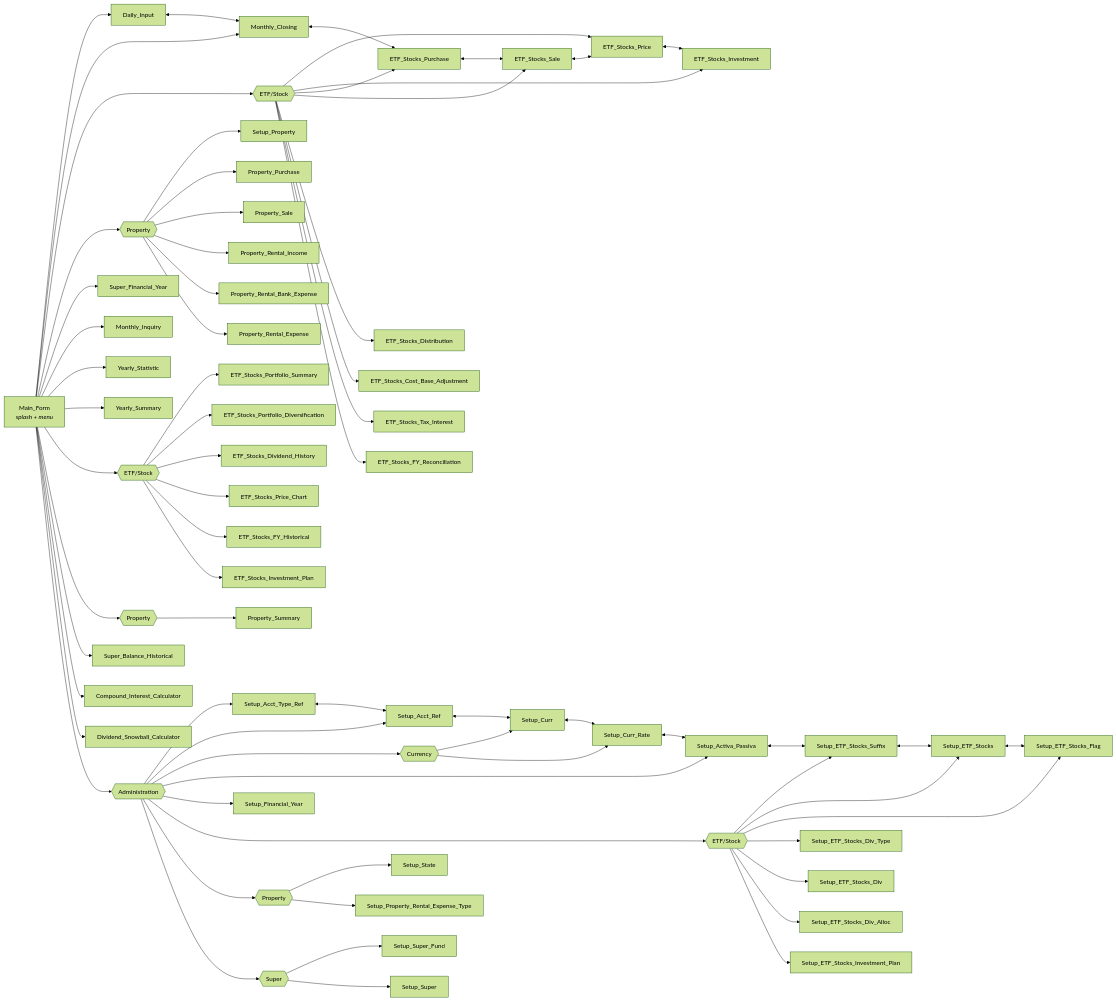
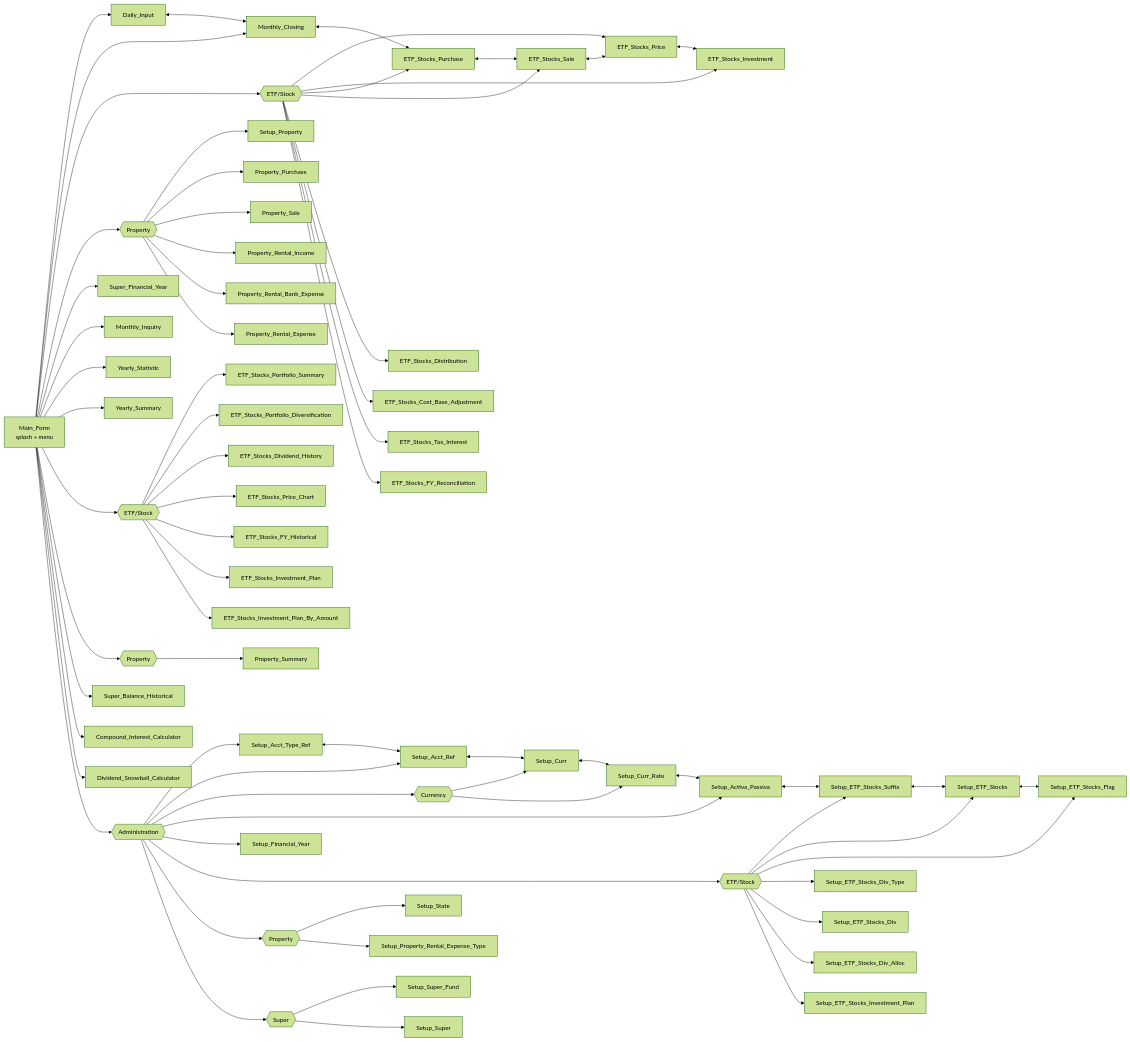
The second of 3 diagrams in README.md (oscar-rijadi/FinancialBalance), drawn with Mermaid (forest theme) before and after one commit. The commit also changed other lines of this file and 38 other files, not shown here.

Commit message:
Implement ETF Stock Investment Plan By Amount

````diff
--- a/README.md
+++ b/README.md
@@ -110,76 +110,77 @@
 ```mermaid
 flowchart LR
     MAIN["Main_Form<br/><i>splash + menu</i>"]
 
     MAIN --> DI["Daily_Input"]
     MAIN --> MC["Monthly_Closing"]
     MAIN --> PETFG{{"ETF/Stock"}}
     PETFG --> ETP["ETF_Stocks_Price"]
     PETFG --> ETI["ETF_Stocks_Investment"]
     PETFG --> ETB["ETF_Stocks_Purchase"]
     PETFG --> ETS["ETF_Stocks_Sale"]
     PETFG --> ETD["ETF_Stocks_Distribution"]
     PETFG --> ECB["ETF_Stocks_Cost_Base_Adjustment"]
     PETFG --> ETI2["ETF_Stocks_Tax_Interest"]
     PETFG --> ETR["ETF_Stocks_FY_Reconciliation"]
     MAIN --> PPROPG{{"Property"}}
     PPROPG --> SPROP["Setup_Property"]
     PPROPG --> PPUR["Property_Purchase"]
     PPROPG --> PSAL["Property_Sale"]
     PPROPG --> PRI["Property_Rental_Income"]
     PPROPG --> PRBE["Property_Rental_Bank_Expense"]
     PPROPG --> PRE["Property_Rental_Expense"]
     MAIN --> SFYP["Super_Financial_Year"]
     MAIN --> MI["Monthly_Inquiry"]
     MAIN --> YT["Yearly_Statistic"]
     MAIN --> YS["Yearly_Summary"]
     MAIN --> PORTG{{"ETF/Stock"}}
     PORTG --> PSUM["ETF_Stocks_Portfolio_Summary"]
     PORTG --> PDIV["ETF_Stocks_Portfolio_Diversification"]
     PORTG --> PDVH["ETF_Stocks_Dividend_History"]
     PORTG --> PPCH["ETF_Stocks_Price_Chart"]
     PORTG --> PFYH["ETF_Stocks_FY_Historical"]
     PORTG --> PIVP["ETF_Stocks_Investment_Plan"]
+    PORTG --> PIVA["ETF_Stocks_Investment_Plan_By_Amount"]
     MAIN --> IPROPG{{"Property"}}
     IPROPG --> PSMY["Property_Summary"]
     MAIN --> SBH["Super_Balance_Historical"]
     MAIN --> CIC["Compound_Interest_Calculator"]
     MAIN --> DSC["Dividend_Snowball_Calculator"]
 
     MAIN --> ADMIN{{"Administration"}}
     ADMIN --> SATR["Setup_Acct_Type_Ref"]
     ADMIN --> SAR["Setup_Acct_Ref"]
     ADMIN --> CURG{{"Currency"}}
     CURG --> SC["Setup_Curr"]
     CURG --> SCR["Setup_Curr_Rate"]
     ADMIN --> SAP["Setup_Activa_Passiva"]
     ADMIN --> SFY["Setup_Financial_Year"]
     ADMIN --> ETFG{{"ETF/Stock"}}
     ETFG --> SES["Setup_ETF_Stocks_Suffix"]
     ETFG --> SET["Setup_ETF_Stocks"]
     ETFG --> SEF["Setup_ETF_Stocks_Flag"]
     ETFG --> SDT["Setup_ETF_Stocks_Div_Type"]
     ETFG --> SDV["Setup_ETF_Stocks_Div"]
     ETFG --> SDA["Setup_ETF_Stocks_Div_Alloc"]
     ETFG --> SIP["Setup_ETF_Stocks_Investment_Plan"]
     ADMIN --> PROPG{{"Property"}}
     PROPG --> SST["Setup_State"]
     PROPG --> SPRET["Setup_Property_Rental_Expense_Type"]
     ADMIN --> SUPG{{"Super"}}
     SUPG --> SSF["Setup_Super_Fund"]
     SUPG --> SSU["Setup_Super"]
 
     DI <--> MC
     MC <--> ETB
     ETB <--> ETS
     ETS <--> ETP
     ETP <--> ETI
 
     SATR <--> SAR
     SAR <--> SC
     SC <--> SCR
     SCR <--> SAP
     SAP <--> SES
     SES <--> SET
     SET <--> SEF
 ```
````
